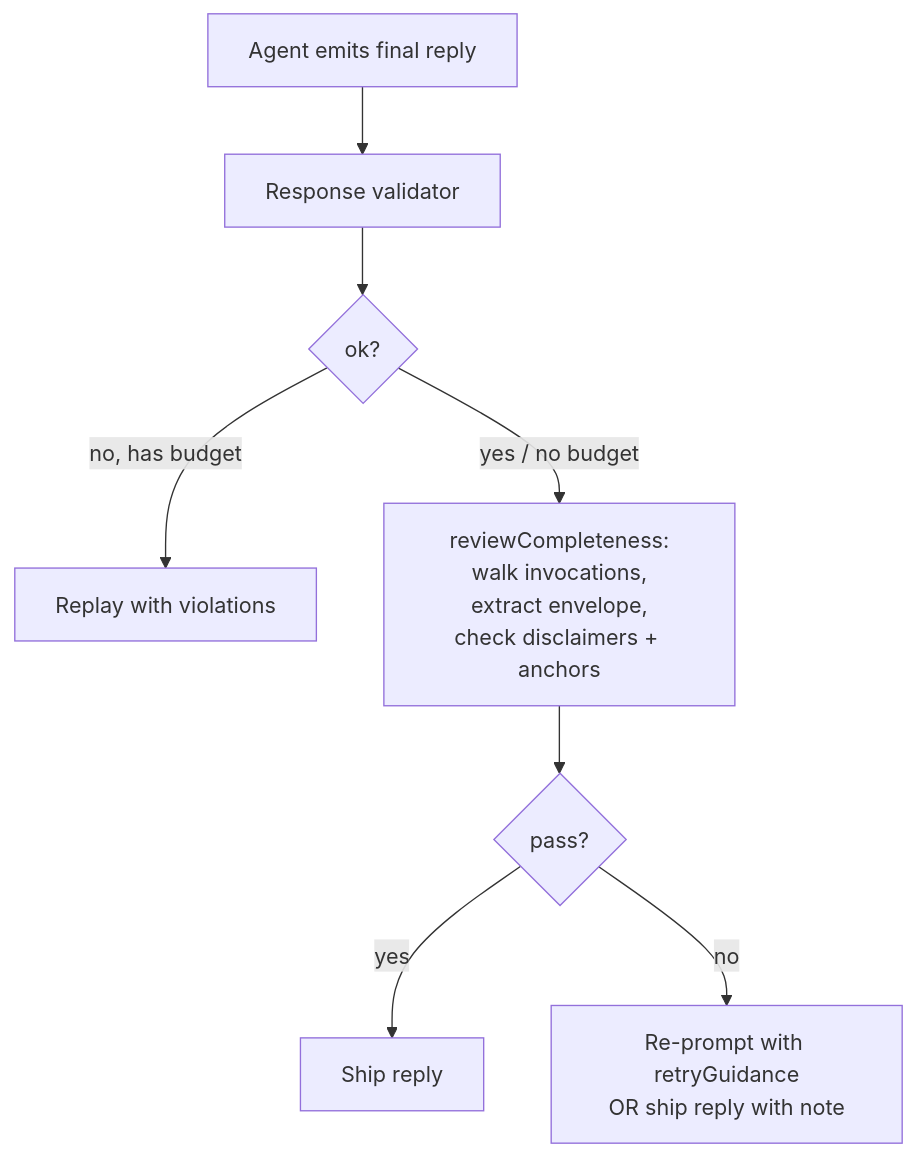
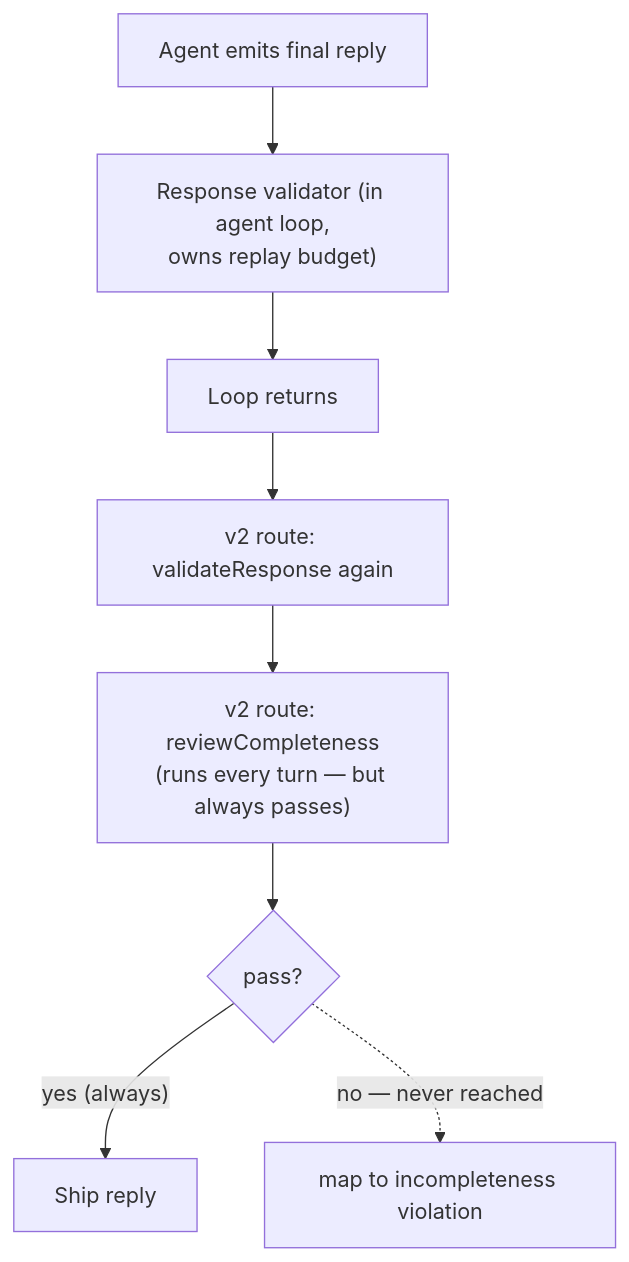
One commit to EdoardoMongardi/NYU_Path changed the second of 2 diagrams in Docs/current-system/engine/completeness-reviewer.md. Above: the diagram before and after it, drawn with Mermaid. The commit also changed other lines of this file and 73 other files, not shown here.

````diff
--- a/Docs/current-system/engine/completeness-reviewer.md
+++ b/Docs/current-system/engine/completeness-reviewer.md
@@ -98,10 +124,10 @@
 ```mermaid
 flowchart TD
-    REPLY[Agent emits final reply] --> VAL[Response validator]
-    VAL --> ROK{ok?}
-    ROK -->|no, has budget| REPLAY1[Replay with violations]
-    ROK -->|yes / no budget| REVIEW[reviewCompleteness:<br/>walk invocations,<br/>extract envelope,<br/>check disclaimers + anchors]
-    REVIEW --> PASS{pass?}
-    PASS -->|yes| SHIP[Ship reply]
-    PASS -->|no| REPLAY2[Re-prompt with retryGuidance<br/>OR ship reply with note]
+    REPLY[Agent emits final reply] --> VAL["Response validator (in agent loop,<br/>owns replay budget)"]
+    VAL --> LOOPEND[Loop returns]
+    LOOPEND --> VAL2["v2 route: validateResponse again"]
+    VAL2 --> REVIEW["v2 route: reviewCompleteness<br/>(runs every turn — but always passes)"]
+    REVIEW --> PASS{"pass?"}
+    PASS -->|"yes (always)"| SHIP[Ship reply]
+    PASS -.->|"no — never reached"| REPLAY2["map to incompleteness violation"]
 ```
````
